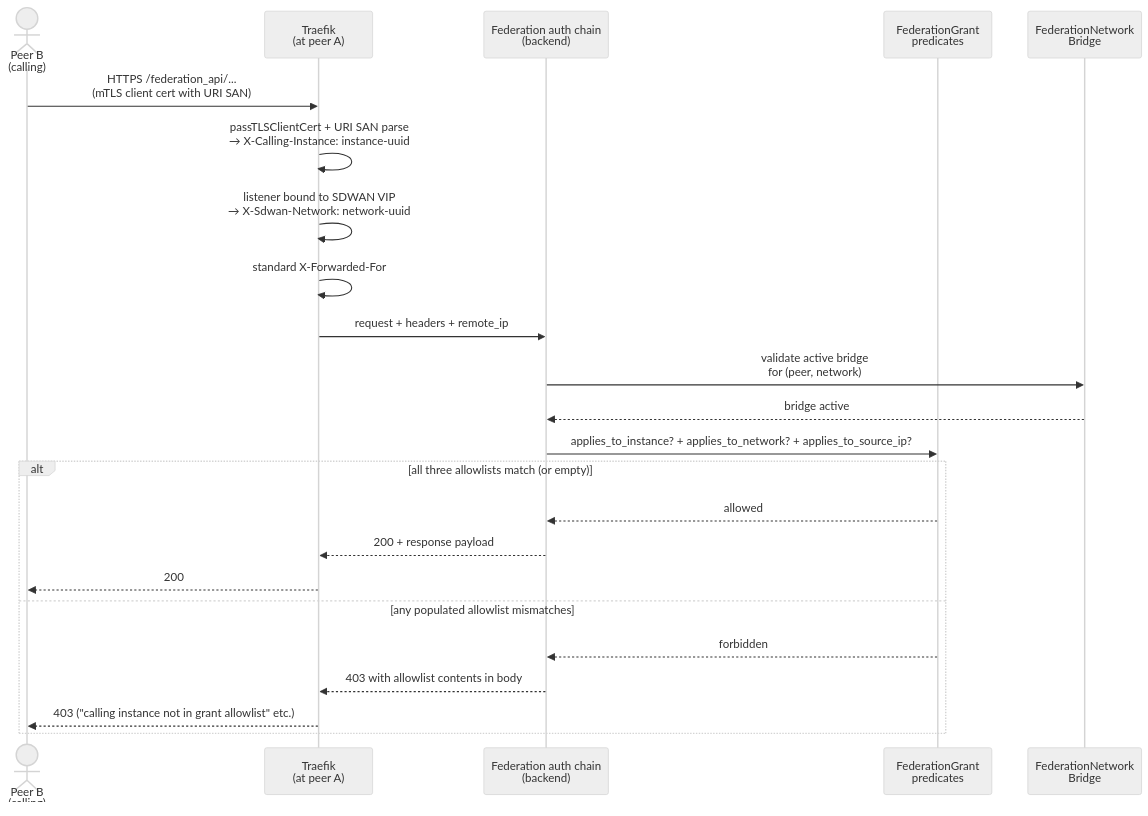
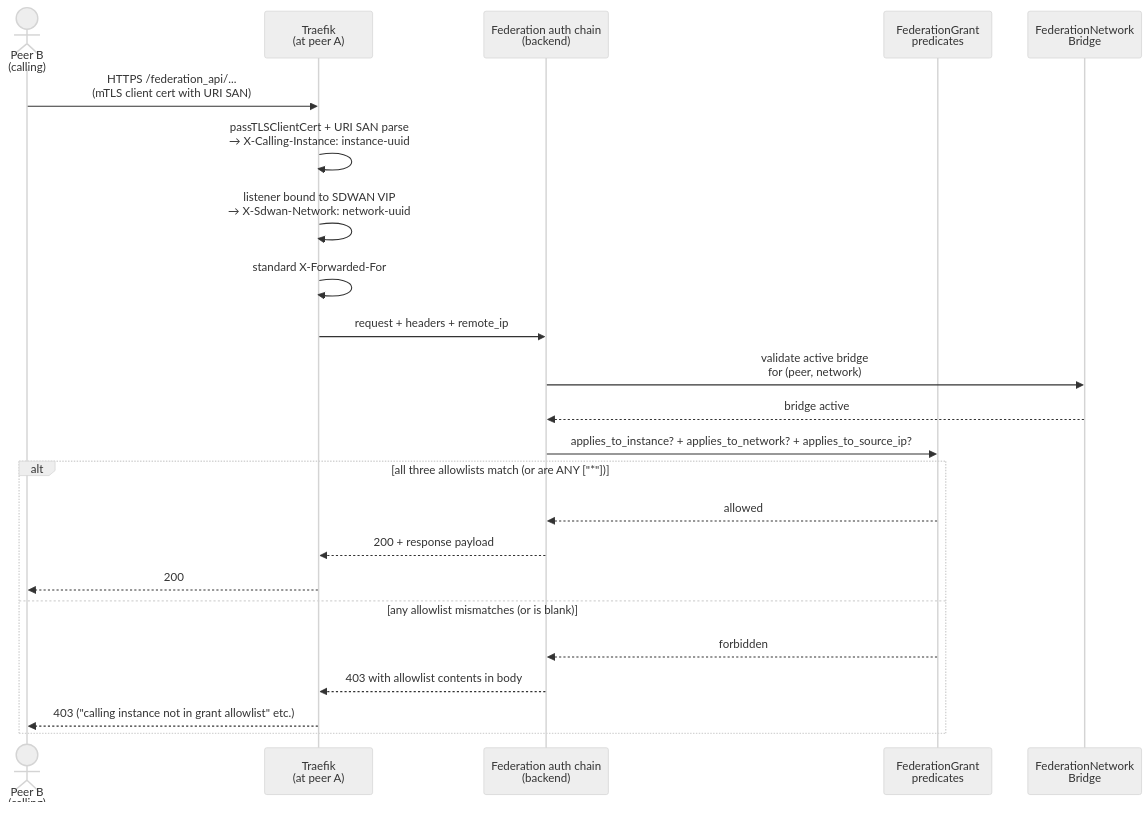
The first of 2 diagrams in docs/federation/NETWORK_TRUST.md (nodealchemy/powernode-system), drawn with Mermaid (neutral theme) before and after one commit. The commit also changed other lines of this file and 3 other files, not shown here.

First line of the commit message:
docs(federation): IMP-01166cdc69a7 envelope tokens only; explicit ANY, blank allowlists deny

````diff
--- a/docs/federation/NETWORK_TRUST.md
+++ b/docs/federation/NETWORK_TRUST.md
@@ -160,26 +168,26 @@
 ```mermaid
 sequenceDiagram
     actor PeerB as Peer B<br/>(calling)
     participant Proxy as Traefik<br/>(at peer A)
     participant Auth as Federation auth chain<br/>(backend)
     participant Grant as FederationGrant<br/>predicates
     participant Bridge as FederationNetwork<br/>Bridge
 
     PeerB->>Proxy: HTTPS /federation_api/...<br/>(mTLS client cert with URI SAN)
     Proxy->>Proxy: passTLSClientCert + URI SAN parse<br/>→ X-Calling-Instance: instance-uuid
     Proxy->>Proxy: listener bound to SDWAN VIP<br/>→ X-Sdwan-Network: network-uuid
     Proxy->>Proxy: standard X-Forwarded-For
     Proxy->>Auth: request + headers + remote_ip
     Auth->>Bridge: validate active bridge<br/>for (peer, network)
     Bridge-->>Auth: bridge active
     Auth->>Grant: applies_to_instance? + applies_to_network? + applies_to_source_ip?
-    alt all three allowlists match (or empty)
+    alt all three allowlists match (or are ANY ["*"])
         Grant-->>Auth: allowed
         Auth-->>Proxy: 200 + response payload
         Proxy-->>PeerB: 200
-    else any populated allowlist mismatches
+    else any allowlist mismatches (or is blank)
         Grant-->>Auth: forbidden
         Auth-->>Proxy: 403 with allowlist contents in body
         Proxy-->>PeerB: 403 ("calling instance not in grant allowlist" etc.)
     end
 ```
````
